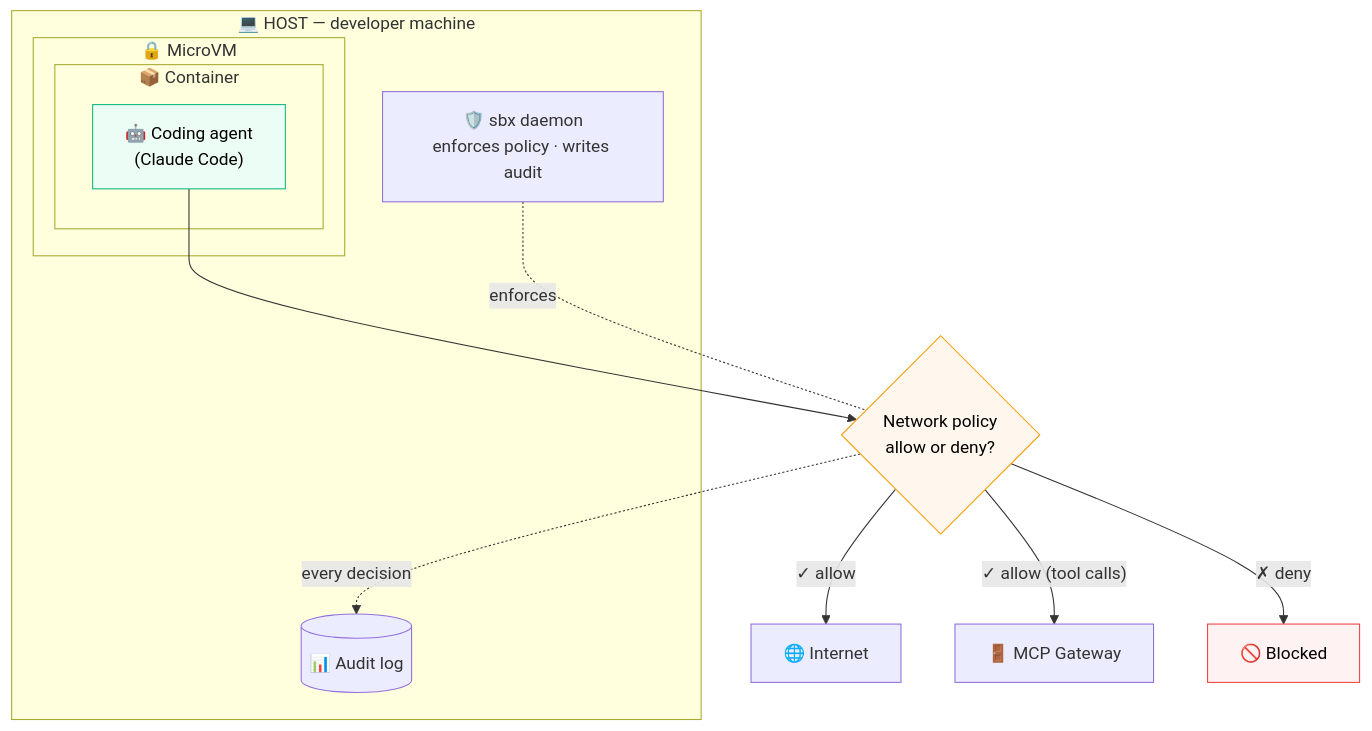
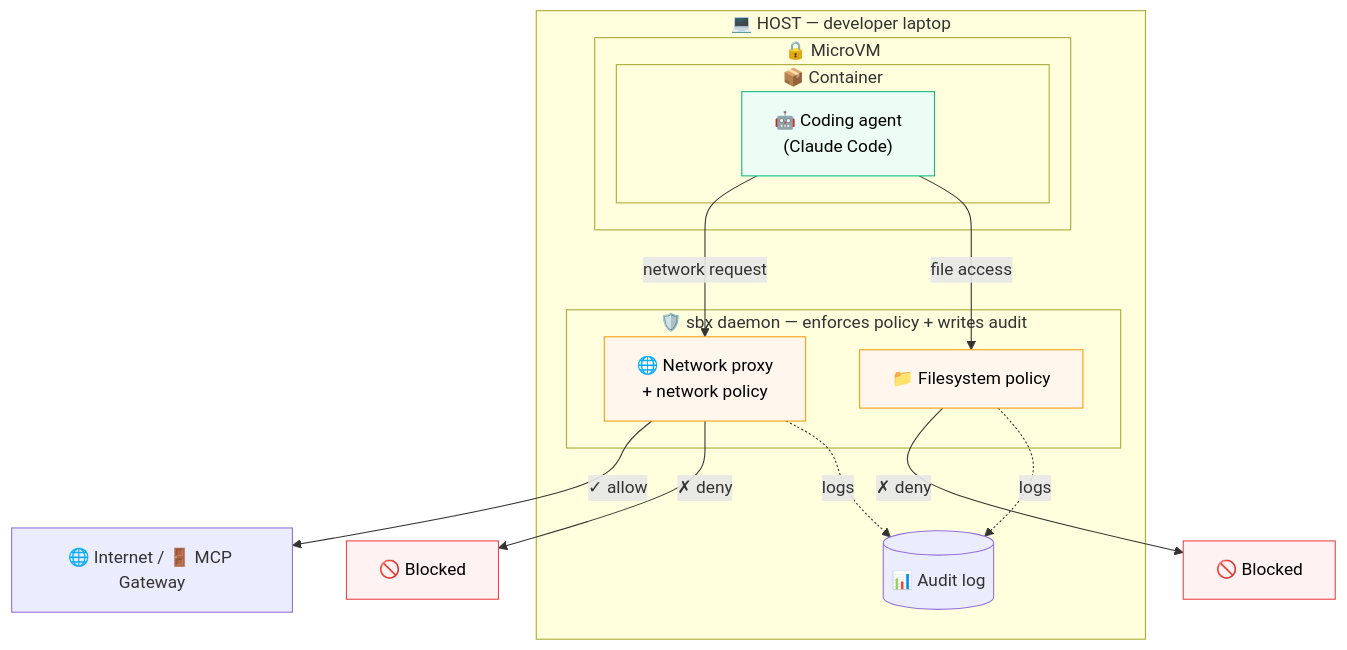
Before and after one commit to ajeetraina/labspace-ai-governance: the diagram in labspace/06-mcp-hands-on.md, drawn with Mermaid. The commit also changed other lines of this file and 1 other file, not shown here.

Commit message:
Show network proxy, network policy, and filesystem policy on the host
Make explicit that all enforcement lives on the developer laptop in the sbx
daemon, around the MicroVM/container — not inside it. The agent's network
requests pass through the host network proxy (network policy); file access
goes through the host filesystem policy; both feed the audit log.

````diff
--- a/labspace/06-mcp-hands-on.md
+++ b/labspace/06-mcp-hands-on.md
@@ -20,26 +20,31 @@
 ```mermaid
 flowchart TB
-    subgraph HOST["💻 HOST — developer machine"]
-        DAEMON["🛡️ sbx daemon<br/>enforces policy · writes audit"]
+    subgraph HOST["💻 HOST — developer laptop"]
         subgraph VM["🔒 MicroVM"]
             subgraph CON["📦 Container"]
                 AGENT["🤖 Coding agent<br/>(Claude Code)"]
             end
         end
+
+        subgraph DAEMON["🛡️ sbx daemon — enforces policy + writes audit"]
+            NET["🌐 Network proxy<br/>+ network policy"]
+            FS["📁 Filesystem policy"]
+        end
         AUDIT[("📊 Audit log")]
     end
 
-    AGENT --> GATE{"Network policy<br/>allow or deny?"}
-    DAEMON -. enforces .- GATE
-    GATE -- "✓ allow" --> NET["🌐 Internet"]
-    GATE -- "✓ allow (tool calls)" --> GW["🚪 MCP Gateway"]
-    GATE -- "✗ deny" --> BLOCK["🚫 Blocked"]
-    GATE -. every decision .-> AUDIT
+    AGENT -- "network request" --> NET
+    AGENT -- "file access" --> FS
+    NET -- "✓ allow" --> OUT["🌐 Internet / 🚪 MCP Gateway"]
+    NET -- "✗ deny" --> B1["🚫 Blocked"]
+    FS -- "✗ deny" --> B2["🚫 Blocked"]
+    NET -. logs .-> AUDIT
+    FS -. logs .-> AUDIT
 
     classDef vm fill:#ecfdf5,stroke:#10b981,color:#000
-    classDef gate fill:#fff7ed,stroke:#f59e0b,color:#000
+    classDef pol fill:#fff7ed,stroke:#f59e0b,color:#000
     classDef deny fill:#fef2f2,stroke:#ef4444,color:#000
     class AGENT vm
-    class GATE gate
-    class BLOCK deny
+    class NET,FS pol
+    class B1,B2 deny
 ```
````
